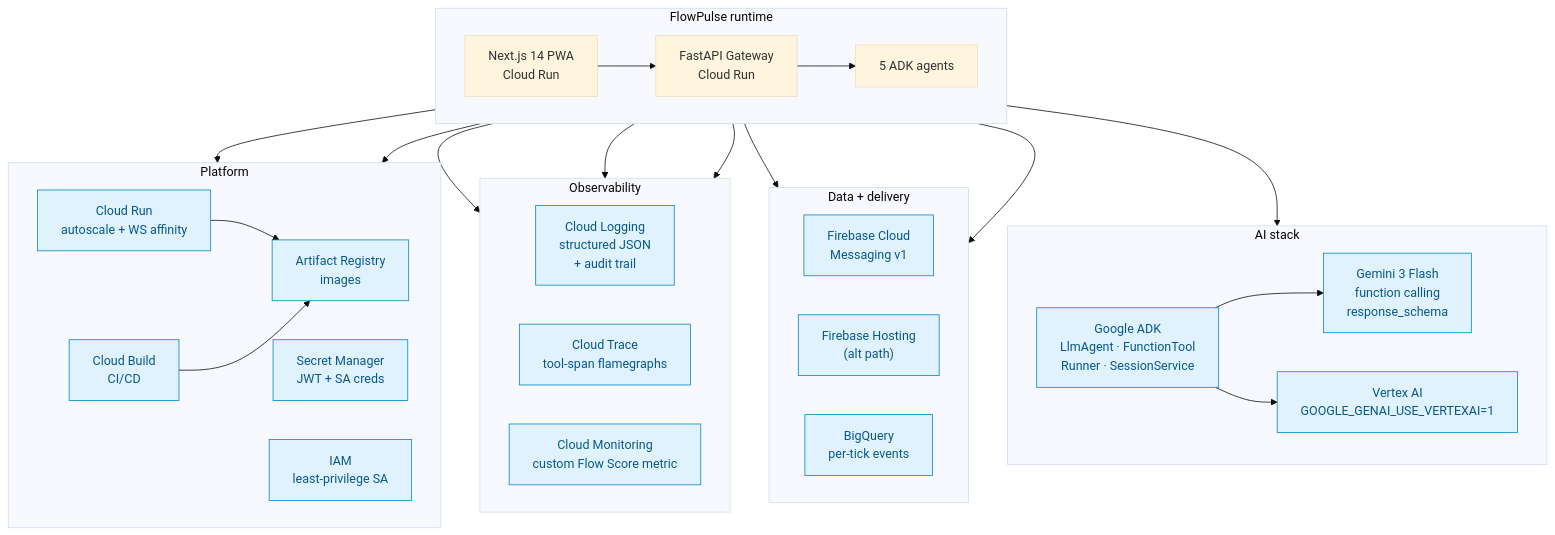
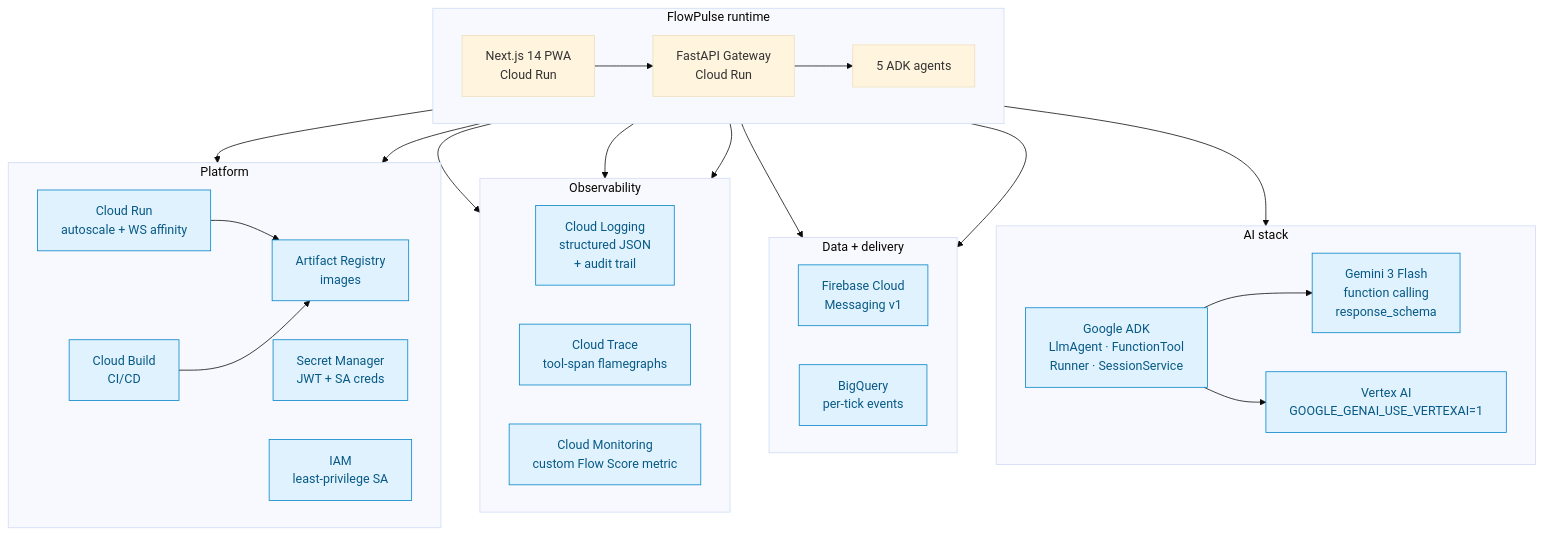
Before and after one commit to shri-ram07/FlowPulse: the first of 6 diagrams in README.md, drawn with Mermaid (base theme). The commit also changed other lines of this file and 21 other files, not shown here.

````diff
--- a/README.md
+++ b/README.md
@@ -72,55 +72,54 @@
 ```mermaid
 flowchart TB
     subgraph APP ["FlowPulse runtime"]
         direction LR
         FE["Next.js 14 PWA<br/>Cloud Run"]
         BE["FastAPI Gateway<br/>Cloud Run"]
         AG["5 ADK agents"]
     end
 
     subgraph AI ["AI stack"]
         direction LR
         ADK["Google ADK<br/>LlmAgent · FunctionTool<br/>Runner · SessionService"]
         GEM["Gemini 3 Flash<br/>function calling<br/>response_schema"]
         VER["Vertex AI<br/>GOOGLE_GENAI_USE_VERTEXAI=1"]
     end
 
     subgraph DATA ["Data + delivery"]
         direction LR
         FCM["Firebase Cloud<br/>Messaging v1"]
-        FIR["Firebase Hosting<br/>(alt path)"]
         BQ["BigQuery<br/>per-tick events"]
     end
 
     subgraph OBS ["Observability"]
         direction LR
         LOG["Cloud Logging<br/>structured JSON<br/>+ audit trail"]
         TRC["Cloud Trace<br/>tool-span flamegraphs"]
         MON["Cloud Monitoring<br/>custom Flow Score metric"]
     end
 
     subgraph INFRA ["Platform"]
         direction LR
         CR["Cloud Run<br/>autoscale + WS affinity"]
         AR["Artifact Registry<br/>images"]
         CB["Cloud Build<br/>CI/CD"]
         SM["Secret Manager<br/>JWT + SA creds"]
         IAM["IAM<br/>least-privilege SA"]
     end
 
     FE --> BE
     BE --> AG --> ADK --> GEM
     ADK --> VER
     BE --> FCM
     BE --> BQ
     BE --> LOG
     BE --> TRC
     BE --> MON
     CR --> AR
     CB --> AR
     BE --> SM
     BE --> IAM
 
     classDef g fill:#e0f2fe,stroke:#0284c7,color:#075985;
-    class ADK,GEM,VER,FCM,FIR,BQ,LOG,TRC,MON,CR,AR,CB,SM,IAM g;
+    class ADK,GEM,VER,FCM,BQ,LOG,TRC,MON,CR,AR,CB,SM,IAM g;
 ```
````
